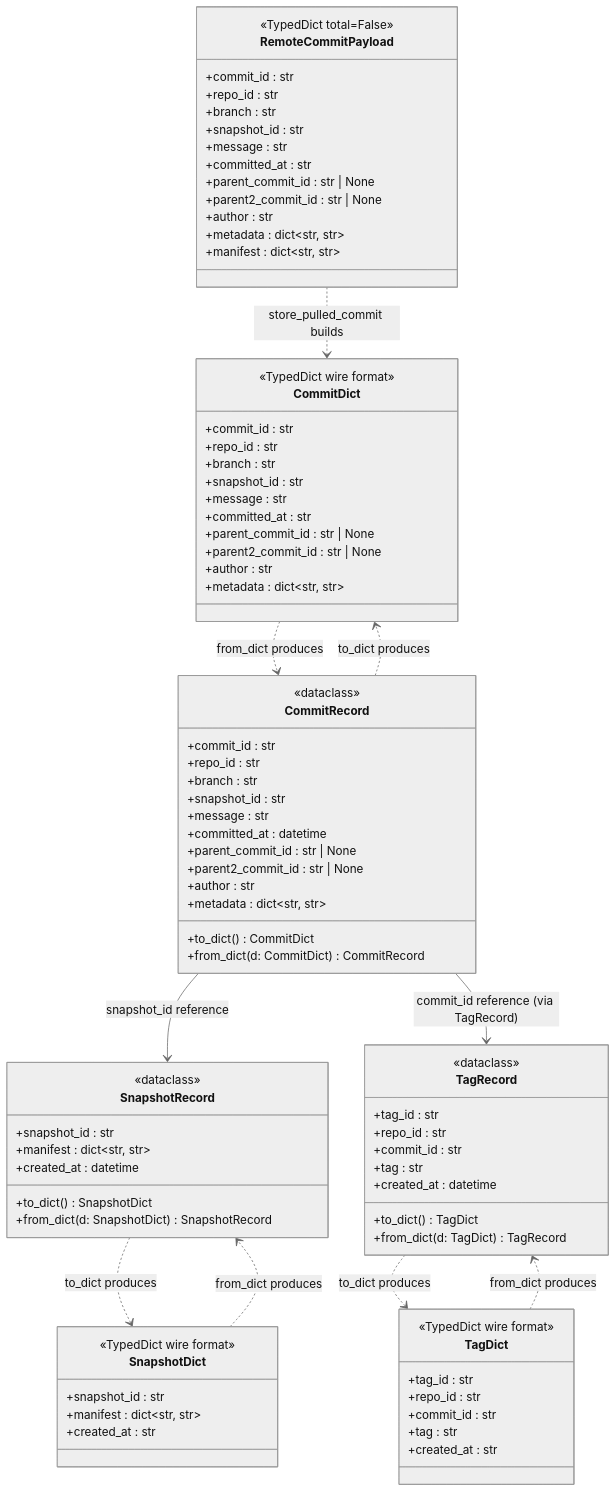
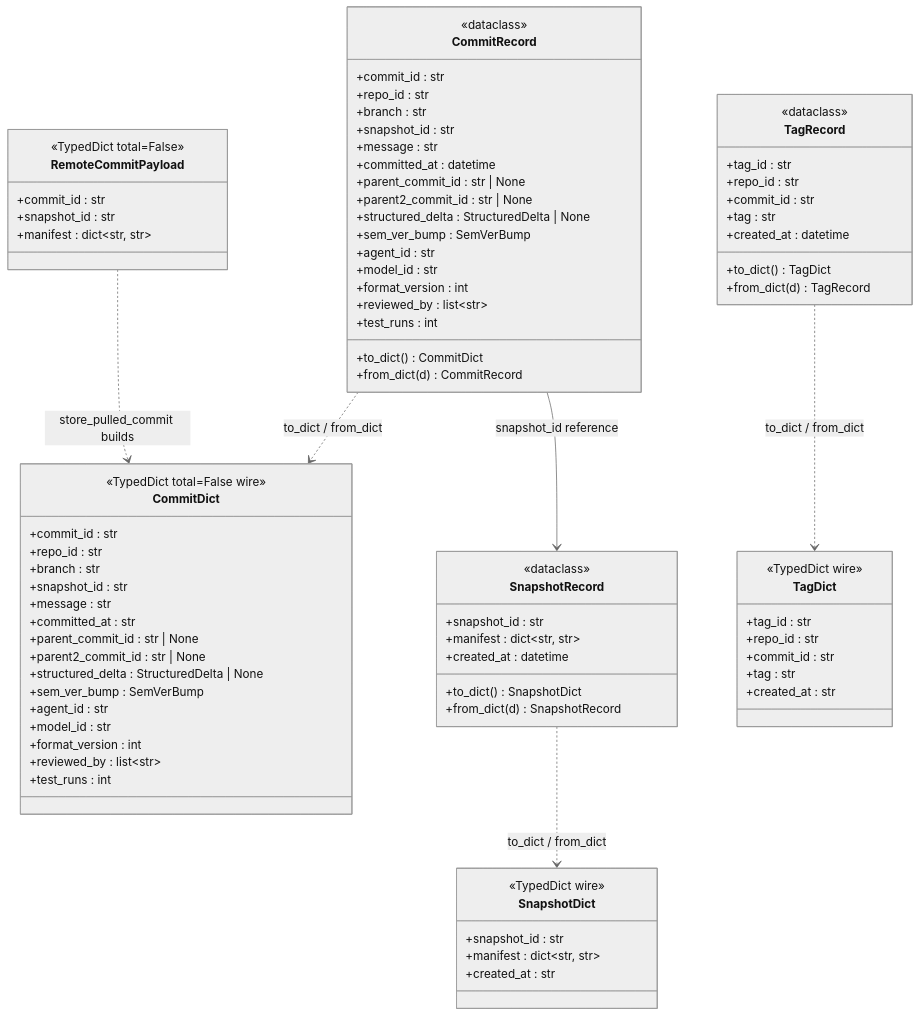
One commit to cgcardona/muse changed the fifth of 11 diagrams in docs/reference/type-contracts.md. Above: the diagram before and after it, drawn with Mermaid (neutral theme). The commit also changed other lines of this file, not shown here.

````diff
--- a/docs/reference/type-contracts.md
+++ b/docs/reference/type-contracts.md
@@ -954,7 +1854,7 @@
 ```mermaid
 classDiagram
     class CommitDict {
-        <<TypedDict wire format>>
+        <<TypedDict total=False wire>>
         +commit_id : str
         +repo_id : str
         +branch : str
@@ -963,36 +1863,13 @@
         +committed_at : str
         +parent_commit_id : str | None
         +parent2_commit_id : str | None
-        +author : str
-        +metadata : dict~str, str~
-    }
-    class SnapshotDict {
-        <<TypedDict wire format>>
-        +snapshot_id : str
-        +manifest : dict~str, str~
-        +created_at : str
-    }
-    class TagDict {
-        <<TypedDict wire format>>
-        +tag_id : str
-        +repo_id : str
-        +commit_id : str
-        +tag : str
-        +created_at : str
-    }
-    class RemoteCommitPayload {
-        <<TypedDict total=False>>
-        +commit_id : str
-        +repo_id : str
-        +branch : str
-        +snapshot_id : str
-        +message : str
-        +committed_at : str
-        +parent_commit_id : str | None
-        +parent2_commit_id : str | None
-        +author : str
-        +metadata : dict~str, str~
-        +manifest : dict~str, str~
+        +structured_delta : StructuredDelta | None
+        +sem_ver_bump : SemVerBump
+        +agent_id : str
+        +model_id : str
+        +format_version : int
+        +reviewed_by : list~str~
+        +test_runs : int
     }
     class CommitRecord {
         <<dataclass>>
@@ -1004,10 +1881,21 @@
         +committed_at : datetime
         +parent_commit_id : str | None
         +parent2_commit_id : str | None
-        +author : str
-        +metadata : dict~str, str~
+        +structured_delta : StructuredDelta | None
+        +sem_ver_bump : SemVerBump
+        +agent_id : str
+        +model_id : str
+        +format_version : int
+        +reviewed_by : list~str~
+        +test_runs : int
         +to_dict() CommitDict
-        +from_dict(d: CommitDict) CommitRecord
+        +from_dict(d) CommitRecord
+    }
+    class SnapshotDict {
+        <<TypedDict wire>>
+        +snapshot_id : str
+        +manifest : dict~str, str~
+        +created_at : str
     }
     class SnapshotRecord {
         <<dataclass>>
@@ -1015,7 +1903,15 @@
         +manifest : dict~str, str~
         +created_at : datetime
         +to_dict() SnapshotDict
-        +from_dict(d: SnapshotDict) SnapshotRecord
+        +from_dict(d) SnapshotRecord
+    }
+    class TagDict {
+        <<TypedDict wire>>
+        +tag_id : str
+        +repo_id : str
+        +commit_id : str
+        +tag : str
+        +created_at : str
     }
     class TagRecord {
         <<dataclass>>
@@ -1025,16 +1921,18 @@
         +tag : str
         +created_at : datetime
         +to_dict() TagDict
-        +from_dict(d: TagDict) TagRecord
+        +from_dict(d) TagRecord
+    }
+    class RemoteCommitPayload {
+        <<TypedDict total=False>>
+        +commit_id : str
+        +snapshot_id : str
+        +manifest : dict~str, str~
     }
 
-    CommitRecord ..> CommitDict : to_dict produces
-    CommitDict ..> CommitRecord : from_dict produces
-    SnapshotRecord ..> SnapshotDict : to_dict produces
-    SnapshotDict ..> SnapshotRecord : from_dict produces
-    TagRecord ..> TagDict : to_dict produces
-    TagDict ..> TagRecord : from_dict produces
+    CommitRecord ..> CommitDict : to_dict / from_dict
+    SnapshotRecord ..> SnapshotDict : to_dict / from_dict
+    TagRecord ..> TagDict : to_dict / from_dict
     RemoteCommitPayload ..> CommitDict : store_pulled_commit builds
     CommitRecord --> SnapshotRecord : snapshot_id reference
-    CommitRecord --> TagRecord : commit_id reference (via TagRecord)
 ```
````
